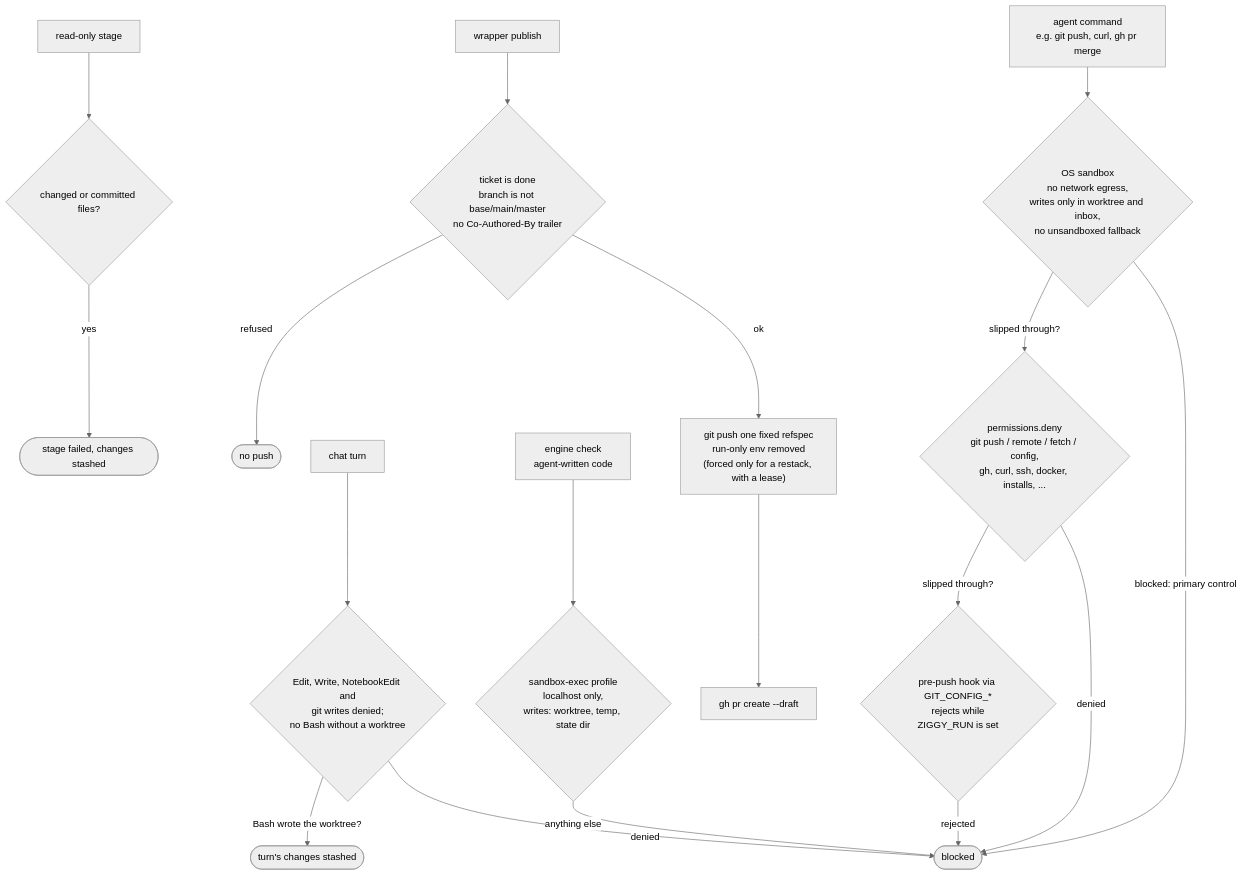
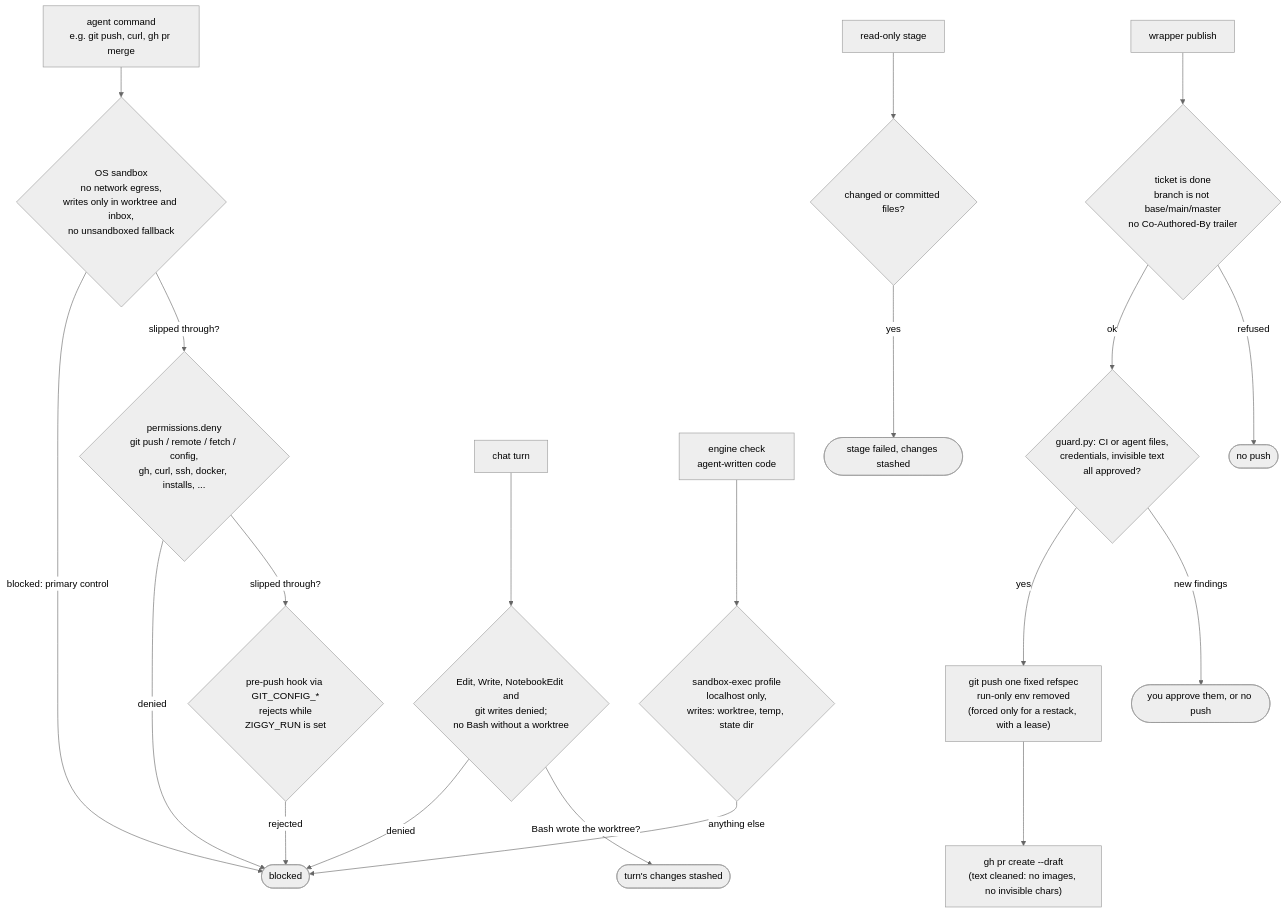
Before and after one commit to ilkeryasin8/ziggy-agent: the eighth of 19 diagrams in docs/how-it-works.md, drawn with Mermaid (neutral theme). The commit also changed other lines of this file and 291 other files, not shown here.

````diff
--- a/docs/how-it-works.md
+++ b/docs/how-it-works.md
@@ -418,26 +421,28 @@
 ```mermaid
 flowchart TB
     agent["agent command<br/>e.g. git push, curl, gh pr merge"]
     l1{"OS sandbox<br/>no network egress,<br/>writes only in worktree and inbox,<br/>no unsandboxed fallback"}
     l2{"permissions.deny<br/>git push / remote / fetch / config,<br/>gh, curl, ssh, docker, installs, ..."}
     l3{"pre-push hook via GIT_CONFIG_*<br/>rejects while<br/>ZIGGY_RUN is set"}
     stop(["blocked"])
     agent --> l1
     l1 -- "blocked: primary control" --> stop
     l1 -- "slipped through?" --> l2
     l2 -- "denied" --> stop
     l2 -- "slipped through?" --> l3
     l3 -- "rejected" --> stop
 
     ro["read-only stage"] --> rc{"changed or committed files?"}
     rc -- yes --> stash(["stage failed, changes stashed"])
     ct["chat turn"] --> cdeny{"Edit, Write, NotebookEdit and<br/>git writes denied;<br/>no Bash without a worktree"}
     cdeny -- "denied" --> stop
     cdeny -- "Bash wrote the worktree?" --> cstash(["turn's changes stashed"])
     chk["engine check<br/>agent-written code"] --> sbx{"sandbox-exec profile<br/>localhost only,<br/>writes: worktree, temp, state dir"}
     sbx -- "anything else" --> stop
 
     w["wrapper publish"] --> g1{"ticket is done<br/>branch is not base/main/master<br/>no Co-Authored-By trailer"}
-    g1 -- ok --> push["git push one fixed refspec<br/>run-only env removed<br/>(forced only for a restack, with a lease)"] --> pr["gh pr create --draft"]
+    g1 -- ok --> g2{"guard.py: CI or agent files,<br/>credentials, invisible text<br/>all approved?"}
+    g2 -- yes --> push["git push one fixed refspec<br/>run-only env removed<br/>(forced only for a restack, with a lease)"] --> pr["gh pr create --draft<br/>(text cleaned: no images, no invisible chars)"]
+    g2 -- "new findings" --> ask(["you approve them, or no push"])
     g1 -- "refused" --> stop2(["no push"])
 ```
````
